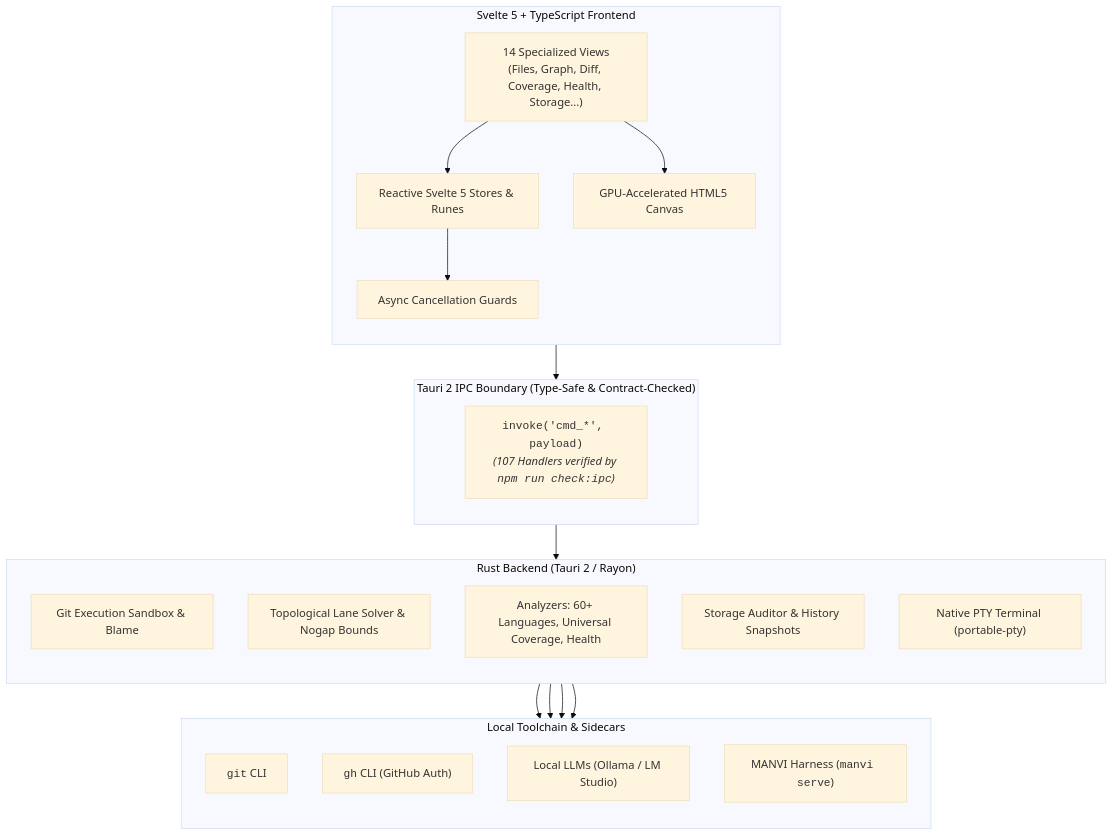
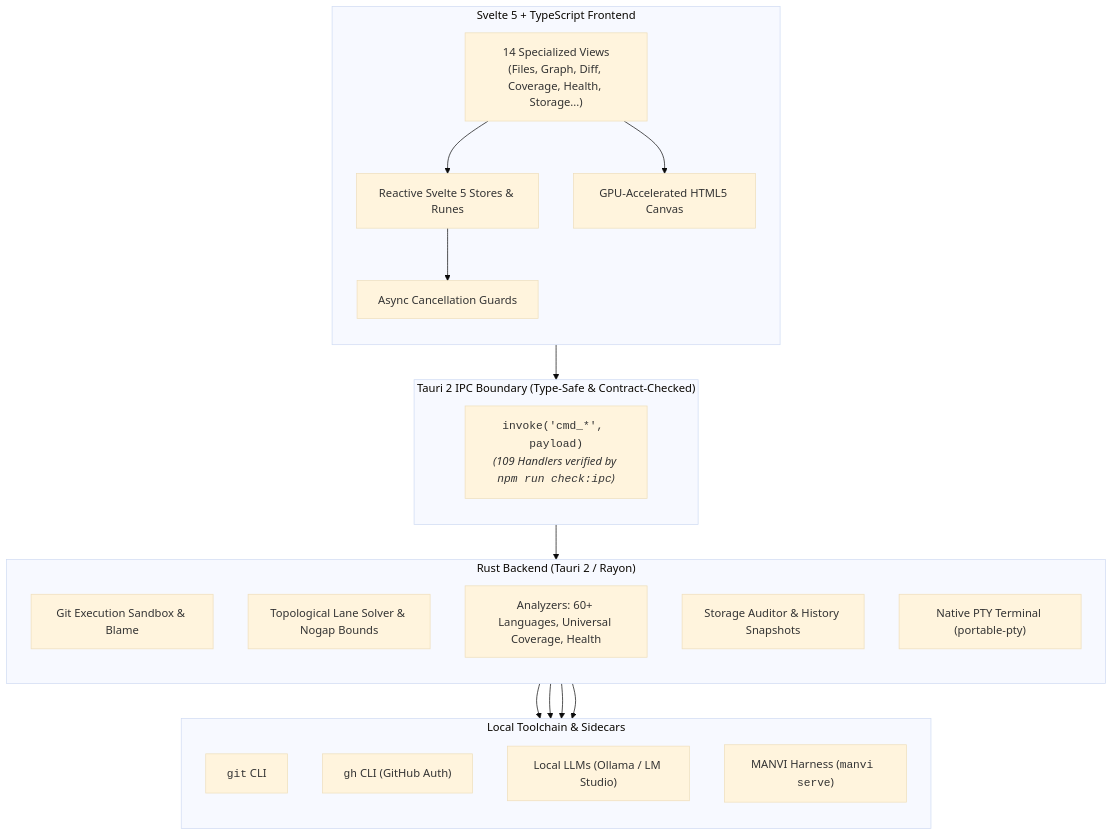
One commit to bharathvbcr/GitPulse changed the first of 4 diagrams in README.md. Above: the diagram before and after it, drawn with Mermaid (base theme). The commit also changed other lines of this file and 19 other files, not shown here.

````diff
--- a/README.md
+++ b/README.md
@@ -41,43 +41,43 @@
 ```mermaid
 flowchart TB
     subgraph Frontend["Svelte 5 + TypeScript Frontend"]
         direction TB
         Views["14 Specialized Views<br/>(Files, Graph, Diff, Coverage, Health, Storage...)"]
         Stores["Reactive Svelte 5 Stores & Runes"]
         CanvasEngine["GPU-Accelerated HTML5 Canvas"]
         AsyncGuards["Async Cancellation Guards"]
         
         Views --> Stores
         Views --> CanvasEngine
         Stores --> AsyncGuards
     end
 
     subgraph IPC["Tauri 2 IPC Boundary (Type-Safe & Contract-Checked)"]
         direction TB
-        IPCBridge["<code>invoke('cmd_*', payload)</code><br/><i>(107 Handlers verified by <code>npm run check:ipc</code>)</i>"]
+        IPCBridge["<code>invoke('cmd_*', payload)</code><br/><i>(109 Handlers verified by <code>npm run check:ipc</code>)</i>"]
     end
 
     subgraph Backend["Rust Backend (Tauri 2 / Rayon)"]
         direction TB
         GitSandbox["Git Execution Sandbox & Blame"]
         GraphSolver["Topological Lane Solver & Nogap Bounds"]
         Analyzers["Analyzers: 60+ Languages, Universal Coverage, Health"]
         StorageEngine["Storage Auditor & History Snapshots"]
         TerminalPTY["Native PTY Terminal (portable-pty)"]
     end
 
     subgraph LocalTools["Local Toolchain & Sidecars"]
         direction TB
         GitCLI["<code>git</code> CLI"]
         GhCLI["<code>gh</code> CLI (GitHub Auth)"]
         LocalAI["Local LLMs (Ollama / LM Studio)"]
         ManviSidecar["MANVI Harness (<code>manvi serve</code>)"]
     end
 
     AsyncGuards --> IPCBridge
     IPCBridge --> Backend
     GitSandbox --> GitCLI
     Analyzers --> GhCLI
     Analyzers --> LocalAI
     Backend --> ManviSidecar
 ```
````
